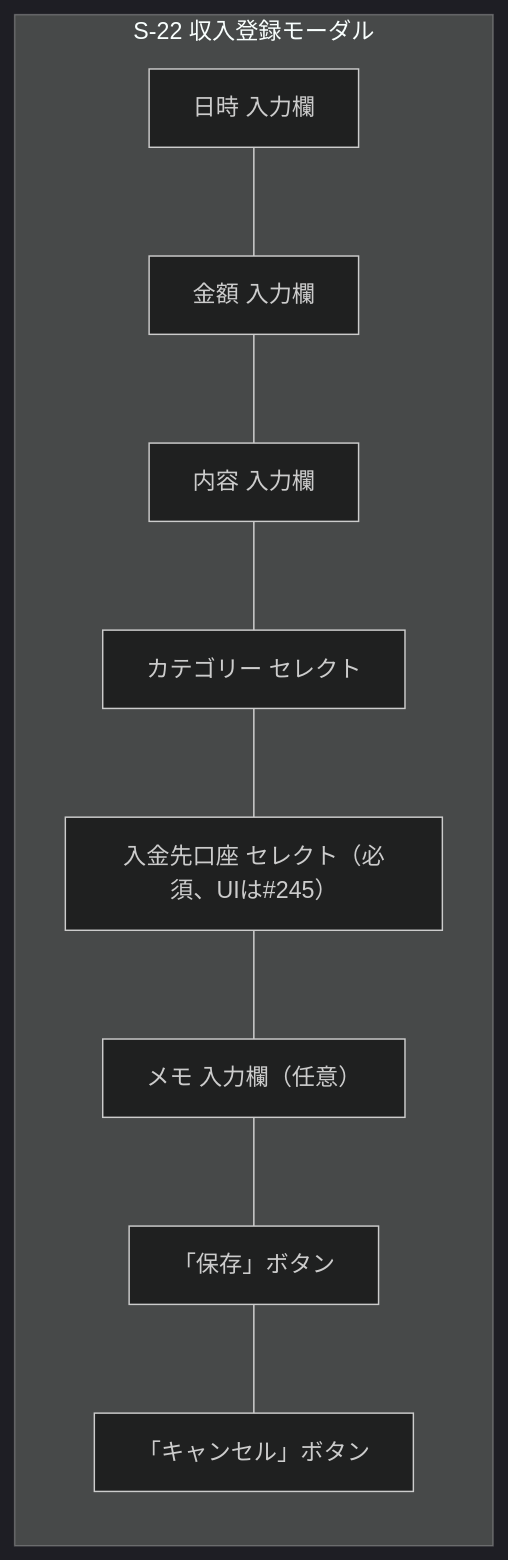
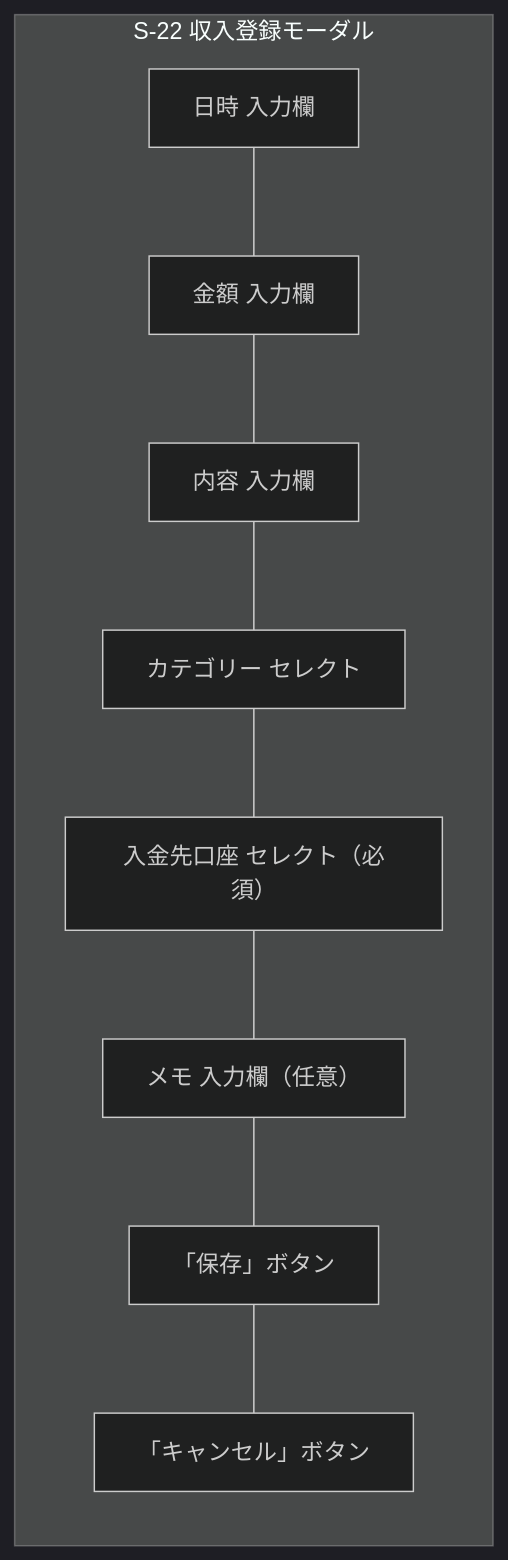
The seventh of 19 diagrams in docs/details/wireframes.md (yamamotonaoki3/HomeLog), drawn with Mermaid (dark theme) before and after one commit. The commit also changed other lines of this file and 13 other files, not shown here.

````diff
--- a/docs/details/wireframes.md
+++ b/docs/details/wireframes.md
@@ -356,15 +356,15 @@
 ```mermaid
 flowchart TD
     subgraph Modal["S-22 収入登録モーダル"]
         direction TB
         Date["日時 入力欄"]
         Amount["金額 入力欄"]
         Content["内容 入力欄"]
         Category["カテゴリー セレクト"]
-        Account["入金先口座 セレクト（必須、UIは#245）"]
+        Account["入金先口座 セレクト（必須）"]
         Memo["メモ 入力欄（任意）"]
         SaveBtn["「保存」ボタン"]
         CancelBtn["「キャンセル」ボタン"]
     end
     Date --- Amount --- Content --- Category --- Account --- Memo --- SaveBtn --- CancelBtn
 ```
````
